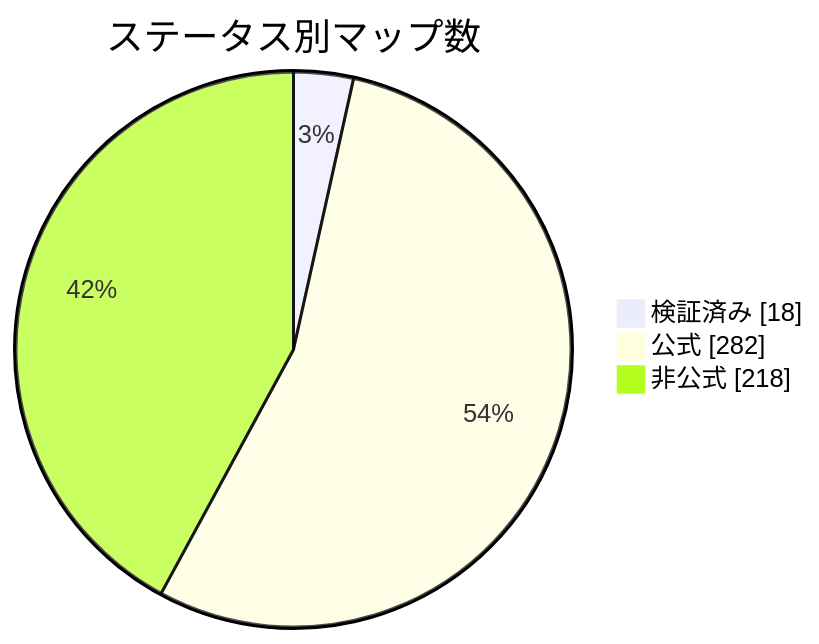
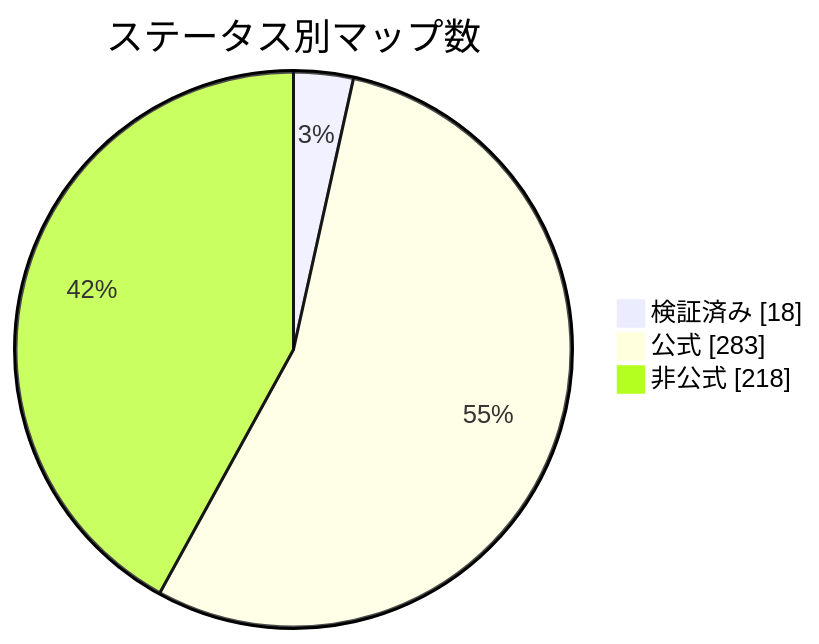
One commit to nobrega8/mbmap-library changed the diagram in docs/readme/README_JP.md. Above: the diagram before and after it, drawn with Mermaid. The commit also changed 5 other files, not shown here.

````diff
--- a/docs/readme/README_JP.md
+++ b/docs/readme/README_JP.md
@@ -54,7 +54,7 @@
 ```mermaid
 pie showData
     title ステータス別マップ数
     "検証済み" : 18
-    "公式" : 282
+    "公式" : 283
     "非公式" : 218
 ```
````
